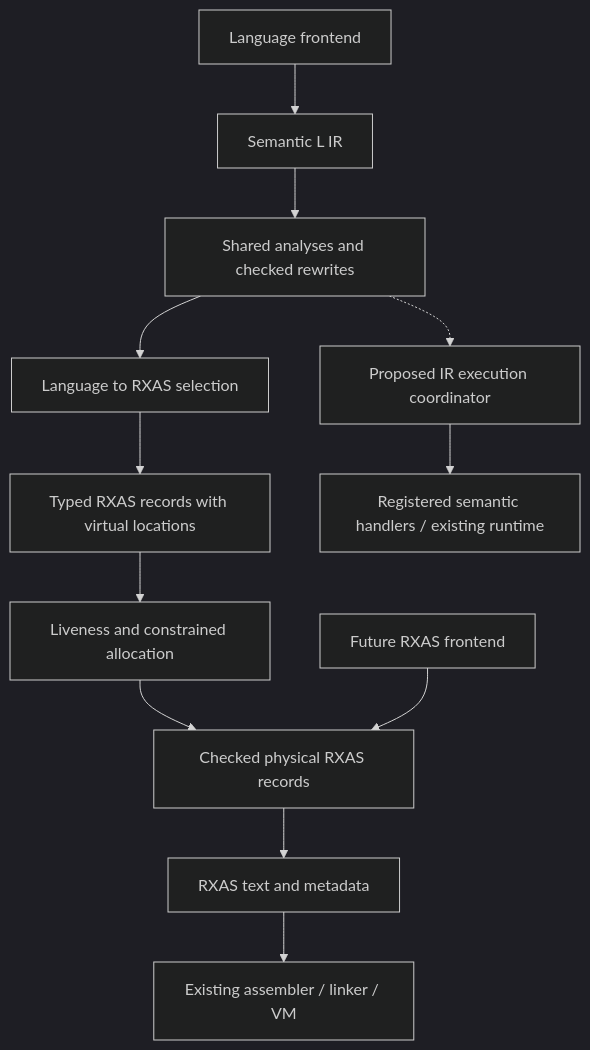
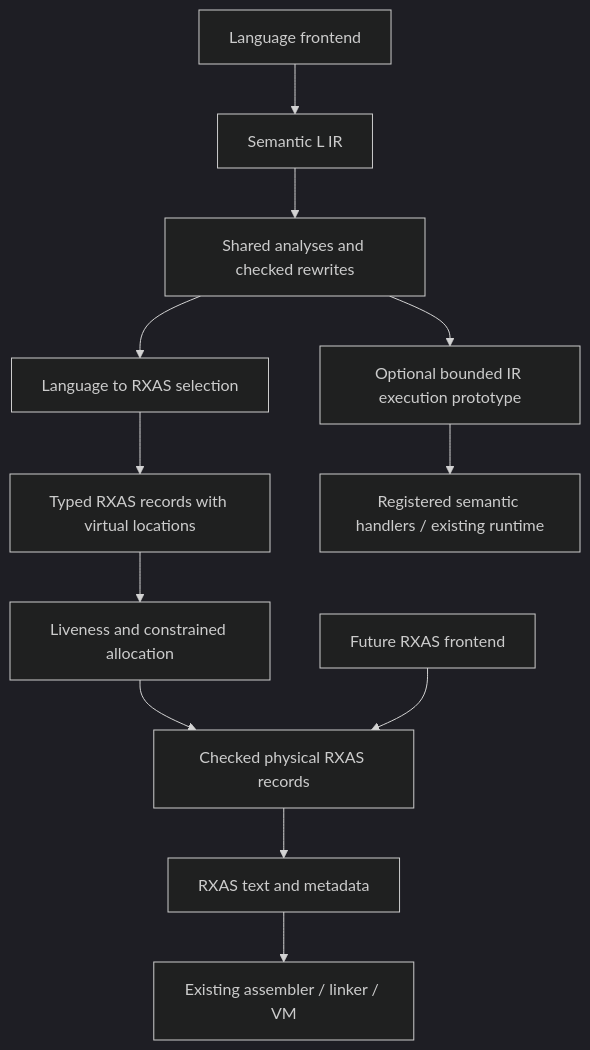
Before and after one commit to adesutherland/CREXX: the second of 2 diagrams in research/level-l/compilers/doc/architecture.md, drawn with Mermaid (dark theme). The commit also changed other lines of this file and 17 other files, not shown here.

Commit message:
Prototype bounded Level L IR execution and assess dynamic use

````diff
--- a/research/level-l/compilers/doc/architecture.md
+++ b/research/level-l/compilers/doc/architecture.md
@@ -4140,14 +4143,14 @@
 ```mermaid
 flowchart TD
   Front[Language frontend] --> Semantic[Semantic L IR]
   Semantic --> Analyse[Shared analyses and checked rewrites]
   Analyse --> Select[Language to RXAS selection]
   Select --> Virtual[Typed RXAS records with virtual locations]
   Virtual --> Allocate[Liveness and constrained allocation]
   Allocate --> Physical[Checked physical RXAS records]
   Physical --> Text[RXAS text and metadata]
   Text --> Tools[Existing assembler / linker / VM]
-  Analyse -.-> Execute[Proposed IR execution coordinator]
+  Analyse --> Execute[Optional bounded IR execution prototype]
   Execute --> Handlers[Registered semantic handlers / existing runtime]
   Asm[Future RXAS frontend] --> Physical
 ```
````
